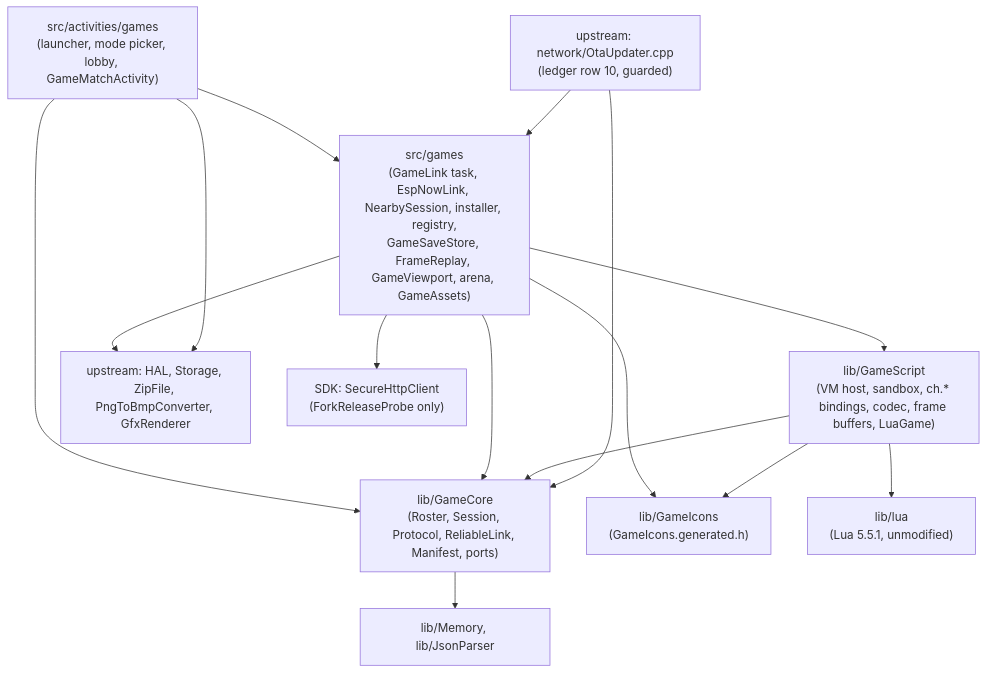
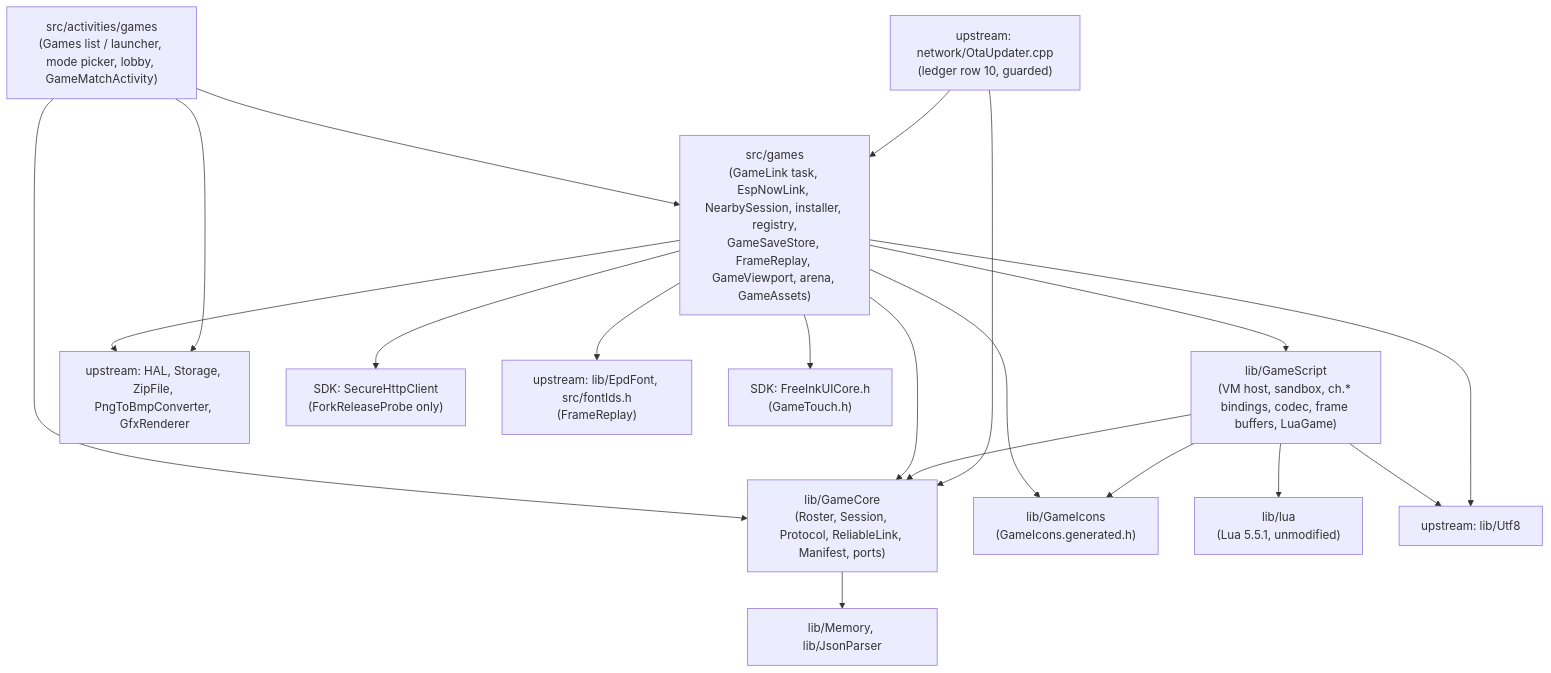
One commit to CarpeTelam/crosshatch-player changed the first of 4 diagrams in _bmad-output/planning-artifacts/architecture/architecture-crosshatch-player-2026-09-26/ARCHITECTURE-SPINE.md. Above: the diagram before and after it, drawn with Mermaid. The commit also changed other lines of this file and 2 other files, not shown here.

````diff
--- a/_bmad-output/planning-artifacts/architecture/architecture-crosshatch-player-2026-09-26/ARCHITECTURE-SPINE.md
+++ b/_bmad-output/planning-artifacts/architecture/architecture-crosshatch-player-2026-09-26/ARCHITECTURE-SPINE.md
@@ -43,17 +43,22 @@
 ```mermaid
 flowchart TD
-  ACT["src/activities/games<br/>(launcher, mode picker, lobby, GameMatchActivity)"] --> ADP["src/games<br/>(GameLink task, EspNowLink, NearbySession, installer, registry,<br/>GameSaveStore, FrameReplay, GameViewport, arena, GameAssets)"]
+  %% Amended 2026-09-28 (owner): the Games list, and the Utf8, EpdFont/fontIds.h, and FreeInkUICore.h edges (retro A1).
+  ACT["src/activities/games<br/>(Games list / launcher, mode picker, lobby, GameMatchActivity)"] --> ADP["src/games<br/>(GameLink task, EspNowLink, NearbySession, installer, registry,<br/>GameSaveStore, FrameReplay, GameViewport, arena, GameAssets)"]
   ACT --> CORE["lib/GameCore<br/>(Roster, Session, Protocol, ReliableLink, Manifest, ports)"]
   ADP --> SCR["lib/GameScript<br/>(VM host, sandbox, ch.* bindings, codec, frame buffers, LuaGame)"]
   ADP --> CORE
   ADP --> ICO["lib/GameIcons<br/>(GameIcons.generated.h)"]
   SCR --> CORE
   SCR --> ICO
   SCR --> LUA["lib/lua<br/>(Lua 5.5.1, unmodified)"]
   CORE --> STD["lib/Memory, lib/JsonParser"]
   ADP --> HAL["upstream: HAL, Storage, ZipFile, PngToBmpConverter, GfxRenderer"]
   ACT --> HAL
   OTA["upstream: network/OtaUpdater.cpp<br/>(ledger row 10, guarded)"] --> CORE
   OTA --> ADP
   ADP --> HTTP["SDK: SecureHttpClient<br/>(ForkReleaseProbe only)"]
+  SCR --> UTF["upstream: lib/Utf8"]
+  ADP --> UTF
+  ADP --> FNT["upstream: lib/EpdFont, src/fontIds.h<br/>(FrameReplay)"]
+  ADP --> FUI["SDK: FreeInkUICore.h<br/>(GameTouch.h)"]
 ```
````
